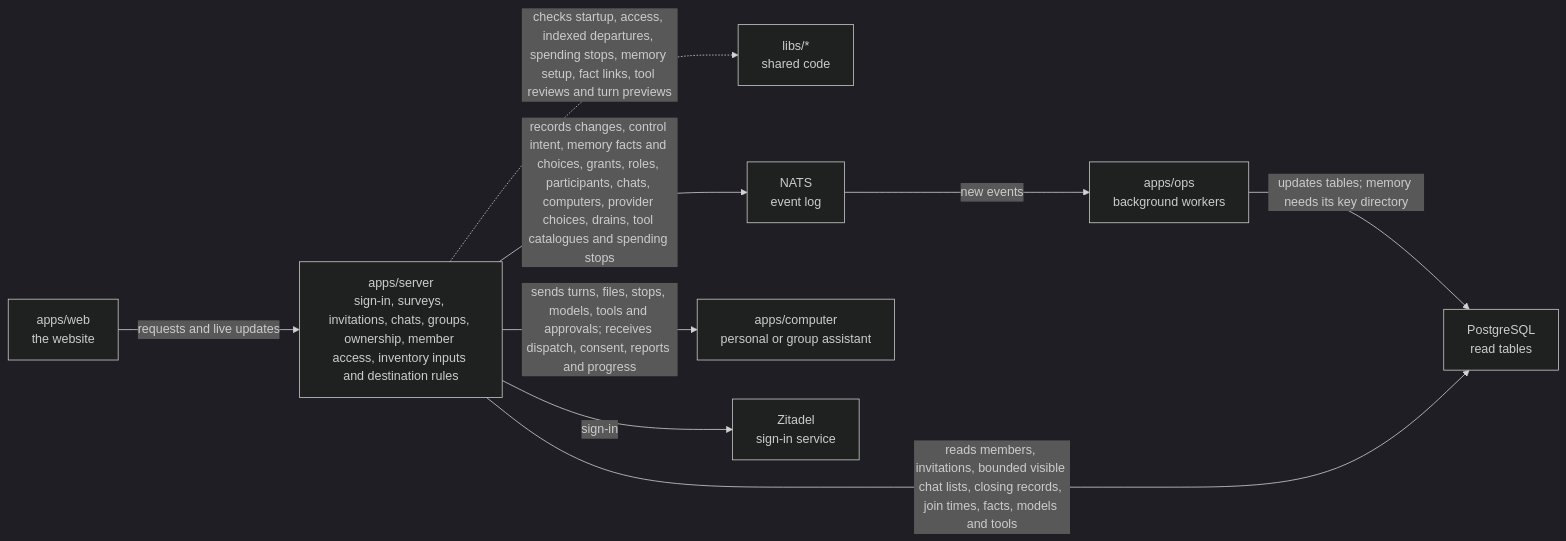
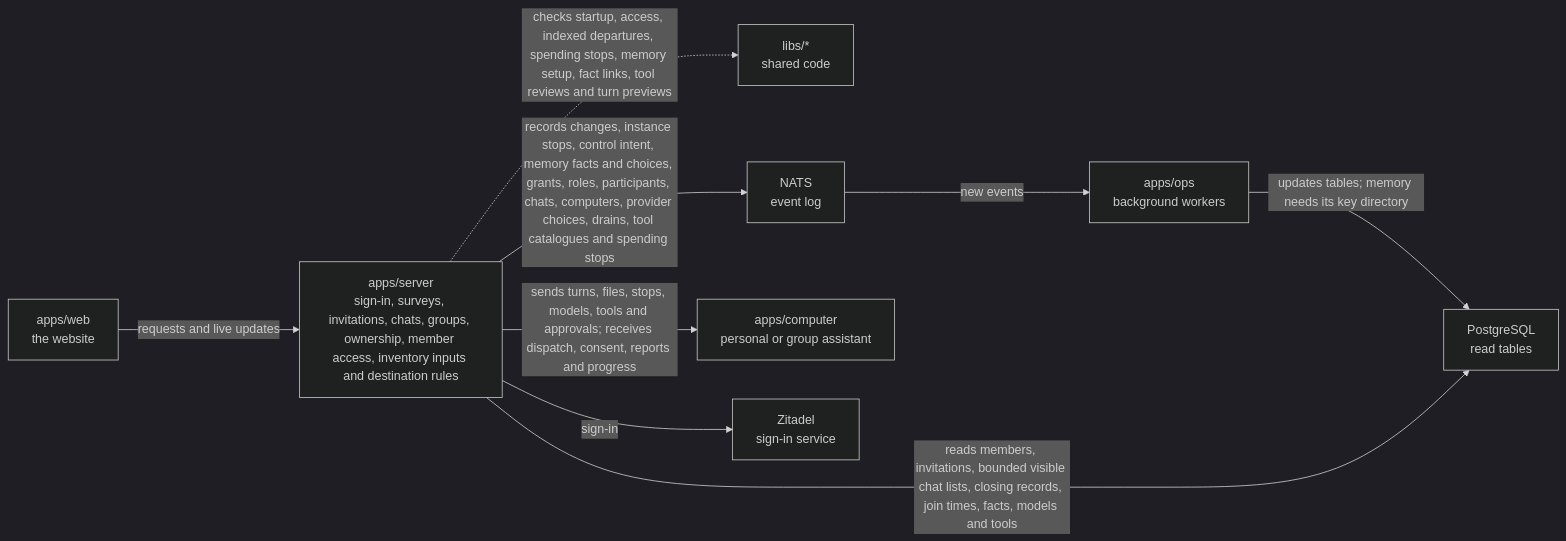
The diagram in apps/server/README.md (elewa-git/opencrane-new), drawn with Mermaid (dark theme) before and after one commit. The commit also changed other lines of this file and 10 other files, not shown here.

````diff
--- a/apps/server/README.md
+++ b/apps/server/README.md
@@ -11,11 +11,11 @@
 ```mermaid
 flowchart LR
   web["apps/web<br/>the website"] -->|requests and live updates| server["apps/server<br/>sign-in, surveys, invitations, chats, groups, ownership, member access, inventory inputs and destination rules"]
   server -.->|checks startup, access, indexed departures, spending stops, memory setup, fact links, tool reviews and turn previews| libs["libs/*<br/>shared code"]
-  server -->|records changes, control intent, memory facts and choices, grants, roles, participants, chats, computers, provider choices, drains, tool catalogues and spending stops| nats["NATS<br/>event log"]
+  server -->|records changes, instance stops, control intent, memory facts and choices, grants, roles, participants, chats, computers, provider choices, drains, tool catalogues and spending stops| nats["NATS<br/>event log"]
   nats -->|new events| ops["apps/ops<br/>background workers"]
   ops -->|updates tables; memory needs its key directory| postgres["PostgreSQL<br/>read tables"]
   server -->|reads members, invitations, bounded visible chat lists, closing records, join times, facts, models and tools| postgres
   server -->|sends turns, files, stops, models, tools and approvals; receives dispatch, consent, reports and progress| computer["apps/computer<br/>personal or group assistant"]
   server -->|sign-in| zitadel["Zitadel<br/>sign-in service"]
 ```
````
